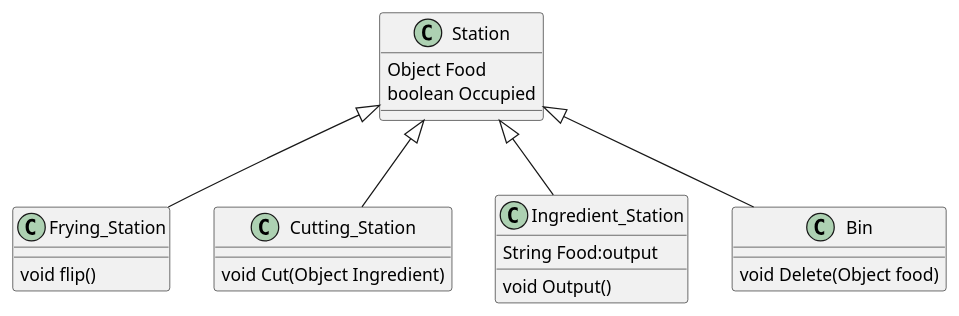
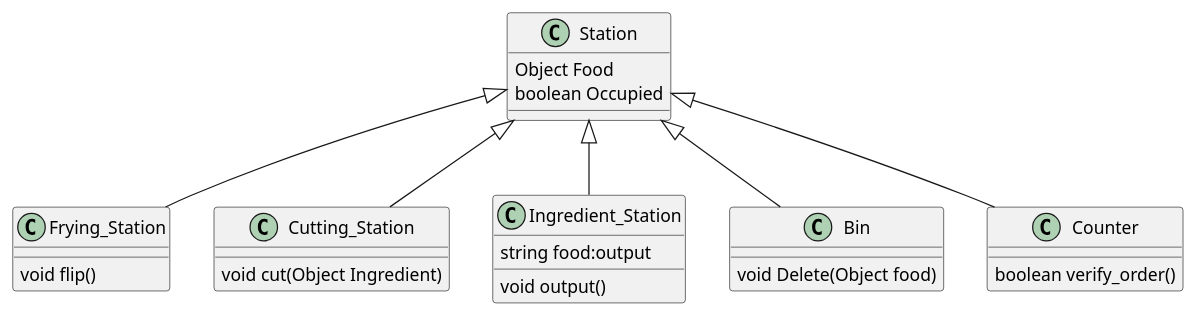
The diagram in Architecture Diagrams/Sequence Diagrams/Class Station Diagrams.wsd (Runtime-Terrors-Team-5/UML-Diagrams), drawn with PlantUML before and after one commit. The commit also changed 5 other files, not shown here.

Commit message:
added child class counter to station super class

```diff
--- a/Architecture Diagrams/Sequence Diagrams/Class Station Diagrams.wsd
+++ b/Architecture Diagrams/Sequence Diagrams/Class Station Diagrams.wsd
@@ -1,23 +1,29 @@
 @startuml
 class Station{
     Object Food 
     boolean Occupied
 }
 class Frying_Station{
     void flip()
 }
 class Cutting_Station{
-    void Cut(Object Ingredient)
+    void cut(Object Ingredient)
 }
 class Ingredient_Station{
-    String Food:output
-    void Output()
+    string food:output
+    void output()
 }
-Class Bin{
+class Bin{
     void Delete(Object food)
 }
+
+class Counter{
+    boolean verify_order()
+}
+
 Station <|-- Frying_Station
 Station <|-- Cutting_Station
 Station <|-- Ingredient_Station
 Station <|-- Bin
+Station <|-- Counter
 @enduml
```
